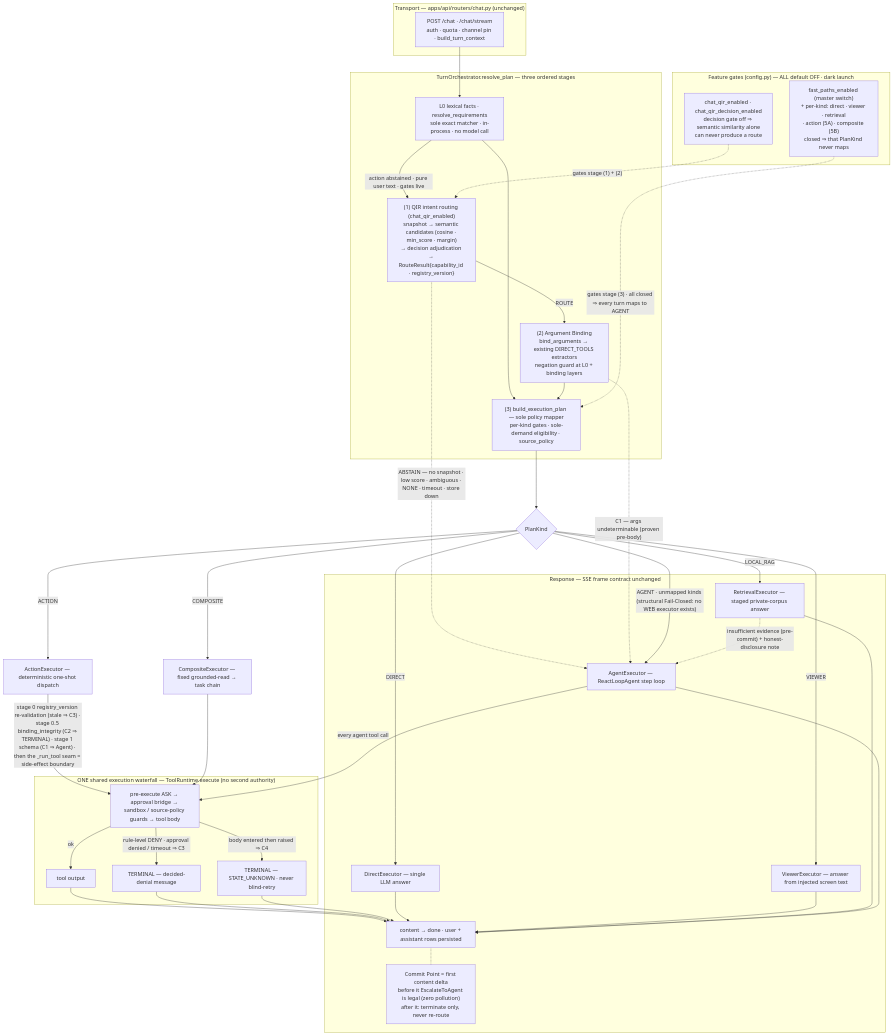
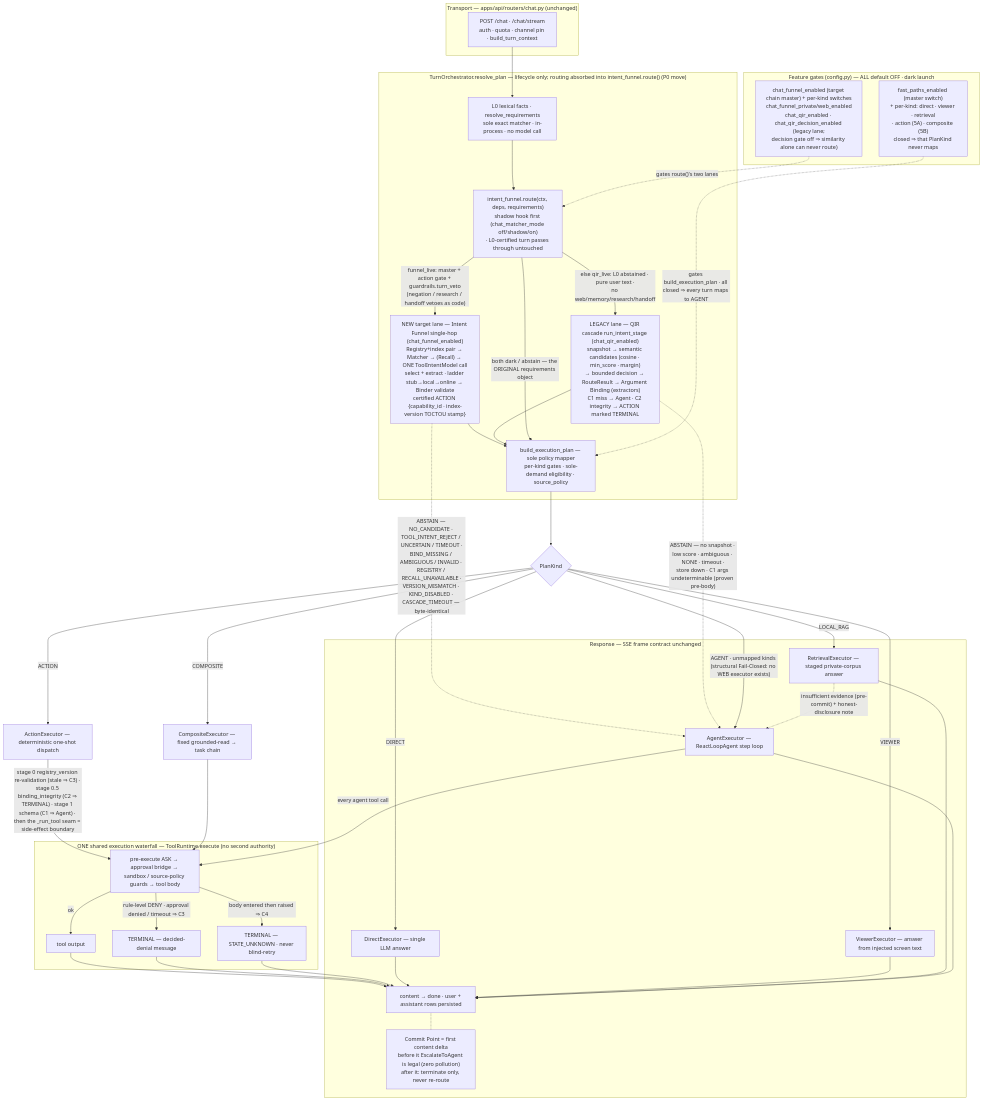
Before and after one commit to Eric-LLMs/DeepDive: the sixth of 7 diagrams in docs/architecture-diagrams.md, drawn with Mermaid. The commit also changed other lines of this file and 1 other file, not shown here.

Commit message:
docs(diagrams): redraw the chat control-plane around the single intent_funnel.route() call
resolve_plan is now lifecycle-only: L0 pass, one route() call that owns the
shadow hook and both gated routing lanes (new Intent-Funnel cascade, legacy
QIR), then build_execution_plan as the sole policy mapper. Regenerate the PNG.

````diff
--- a/docs/architecture-diagrams.md
+++ b/docs/architecture-diagrams.md
@@ -300,62 +303,63 @@
 ```mermaid
 flowchart TB
     %% Invariants: fast-path fallbacks are byte-identical · the Agent is never a recovery channel
     %% for C2/C3/C4 · the commit point (first content delta) locks the channel · gates default OFF.
 
     subgraph transport["Transport — apps/api/routers/chat.py (unchanged)"]
         AUTH["POST /chat · /chat/stream<br/>auth · quota · channel pin · build_turn_context"]
     end
 
-    subgraph resolve["TurnOrchestrator.resolve_plan — three ordered stages"]
+    subgraph resolve["TurnOrchestrator.resolve_plan — lifecycle only; routing absorbed into intent_funnel.route() (P0 move)"]
         L0["L0 lexical facts · resolve_requirements<br/>sole exact matcher · in-process · no model call"]
-        QIR["(1) QIR intent routing (chat_qir_enabled)<br/>snapshot → semantic candidates (cosine · min_score · margin)<br/>→ decision adjudication → RouteResult{capability_id · registry_version}"]
-        BIND["(2) Argument Binding<br/>bind_arguments → existing DIRECT_TOOLS extractors<br/>negation guard at L0 + binding layers"]
-        MAP["(3) build_execution_plan — sole policy mapper<br/>per-kind gates · sole-demand eligibility · source_policy"]
-        L0 -- "action abstained · pure user text · gates live" --> QIR
-        QIR -- ROUTE --> BIND
-        L0 --> MAP
-        BIND --> MAP
+        RT["intent_funnel.route(ctx, deps, requirements)<br/>shadow hook first (chat_matcher_mode off/shadow/on)<br/>· L0-certified turn passes through untouched"]
+        FN["NEW target lane — Intent Funnel single-hop (chat_funnel_enabled)<br/>Registry+index pair → Matcher → (Recall) → ONE ToolIntentModel call<br/>select + extract · ladder stub→local→online → Binder validate<br/>certified ACTION {capability_id · index-version TOCTOU stamp}"]
+        QIR["LEGACY lane — QIR cascade run_intent_stage (chat_qir_enabled)<br/>snapshot → semantic candidates (cosine · min_score · margin)<br/>→ bounded decision → RouteResult → Argument Binding (extractors)<br/>C1 miss → Agent · C2 integrity → ACTION marked TERMINAL"]
+        MAP["build_execution_plan — sole policy mapper<br/>per-kind gates · sole-demand eligibility · source_policy"]
+        L0 --> RT
+        RT -- "funnel_live: master + action gate + guardrails.turn_veto<br/>(negation / research / handoff vetoes as code)" --> FN --> MAP
+        RT -- "else qir_live: L0 abstained · pure user text ·<br/>no web/memory/research/handoff" --> QIR --> MAP
+        RT -- "both dark / abstain — the ORIGINAL requirements object" --> MAP
     end
 
     AUTH --> L0
-    QIR -. "ABSTAIN — no snapshot · low score · ambiguous · NONE · timeout · store down" .-> AG
-    BIND -. "C1 — args undeterminable (proven pre-body)" .-> AG
+    FN -. "ABSTAIN — NO_CANDIDATE · TOOL_INTENT_REJECT / UNCERTAIN / TIMEOUT ·<br/>BIND_MISSING / AMBIGUOUS / INVALID · REGISTRY / RECALL_UNAVAILABLE ·<br/>VERSION_MISMATCH · KIND_DISABLED · CASCADE_TIMEOUT — byte-identical" .-> AG
+    QIR -. "ABSTAIN — no snapshot · low score · ambiguous · NONE · timeout ·<br/>store down · C1 args undeterminable (proven pre-body)" .-> AG
 
     subgraph gates["Feature gates (config.py) — ALL default OFF · dark launch"]
-        GQ["chat_qir_enabled · chat_qir_decision_enabled<br/>decision gate off ⇒ semantic similarity alone<br/>can never produce a route"]
+        GQ["chat_funnel_enabled (target chain master) + per-kind switches<br/>chat_funnel_private/web_enabled<br/>chat_qir_enabled · chat_qir_decision_enabled (legacy lane;<br/>decision gate off ⇒ similarity alone can never route)"]
         GF["fast_paths_enabled (master switch)<br/>+ per-kind: direct · viewer · retrieval<br/>· action (5A) · composite (5B)<br/>closed ⇒ that PlanKind never maps"]
     end
-    GQ -. "gates stage (1) + (2)" .-> QIR
-    GF -. "gates stage (3) · all closed ⇒ every turn maps to AGENT" .-> MAP
+    GQ -. "gates route()'s two lanes" .-> RT
+    GF -. "gates build_execution_plan · all closed ⇒ every turn maps to AGENT" .-> MAP
 
     MAP --> K{"PlanKind"}
     K -- DIRECT --> DEX["DirectExecutor — single LLM answer"]
     K -- VIEWER --> VEX["ViewerExecutor — answer from injected screen text"]
     K -- LOCAL_RAG --> REX["RetrievalExecutor — staged private-corpus answer"]
     K -- ACTION --> AEX["ActionExecutor — deterministic one-shot dispatch"]
     K -- COMPOSITE --> CEX["CompositeExecutor — fixed grounded-read → task chain"]
     K -- "AGENT · unmapped kinds (structural Fail-Closed: no WEB executor exists)" --> AG["AgentExecutor — ReactLoopAgent step loop"]
 
     subgraph governance["ONE shared execution waterfall — ToolRuntime.execute (no second authority)"]
         RW["pre-execute ASK → approval bridge → sandbox / source-policy guards → tool body"]
         RW -- "rule-level DENY · approval denied / timeout ⇒ C3" --> TD["TERMINAL — decided-denial message"]
         RW -- "body entered then raised ⇒ C4" --> TU["TERMINAL — STATE_UNKNOWN · never blind-retry"]
         RW -- ok --> OUT["tool output"]
     end
 
     AEX -- "stage 0 registry_version re-validation (stale ⇒ C3) · stage 0.5 binding_integrity (C2 ⇒ TERMINAL) · stage 1 schema (C1 ⇒ Agent) · then the _run_tool seam = side-effect boundary" --> RW
     CEX --> RW
     AG -- "every agent tool call" --> RW
     REX -. "insufficient evidence (pre-commit) + honest-disclosure note" .-> AG
 
     subgraph stream["Response — SSE frame contract unchanged"]
         OUT --> DONE["content → done · user + assistant rows persisted"]
         TD --> DONE
         TU --> DONE
         DEX --> DONE
         VEX --> DONE
         REX --> DONE
         AG --> DONE
         DONE -.- CP["Commit Point = first content delta<br/>before it EscalateToAgent is legal (zero pollution)<br/>after it: terminate only, never re-route"]
     end
 ```
````
